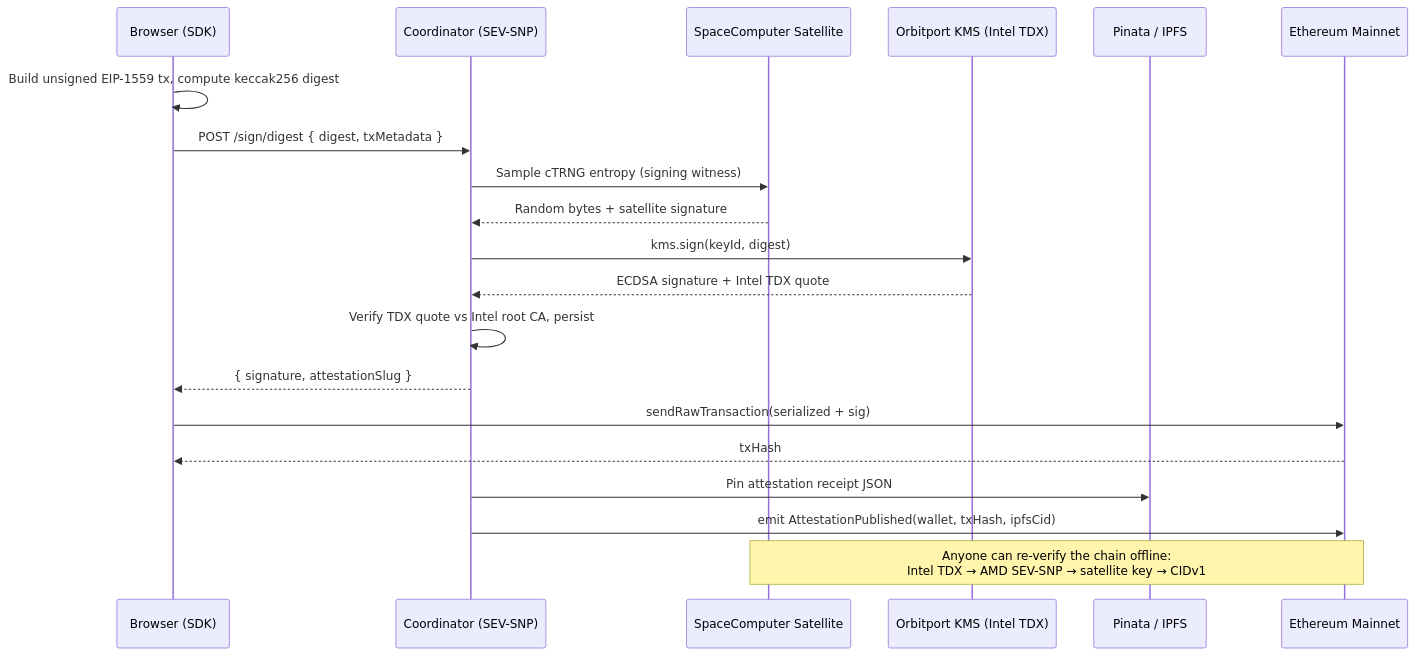
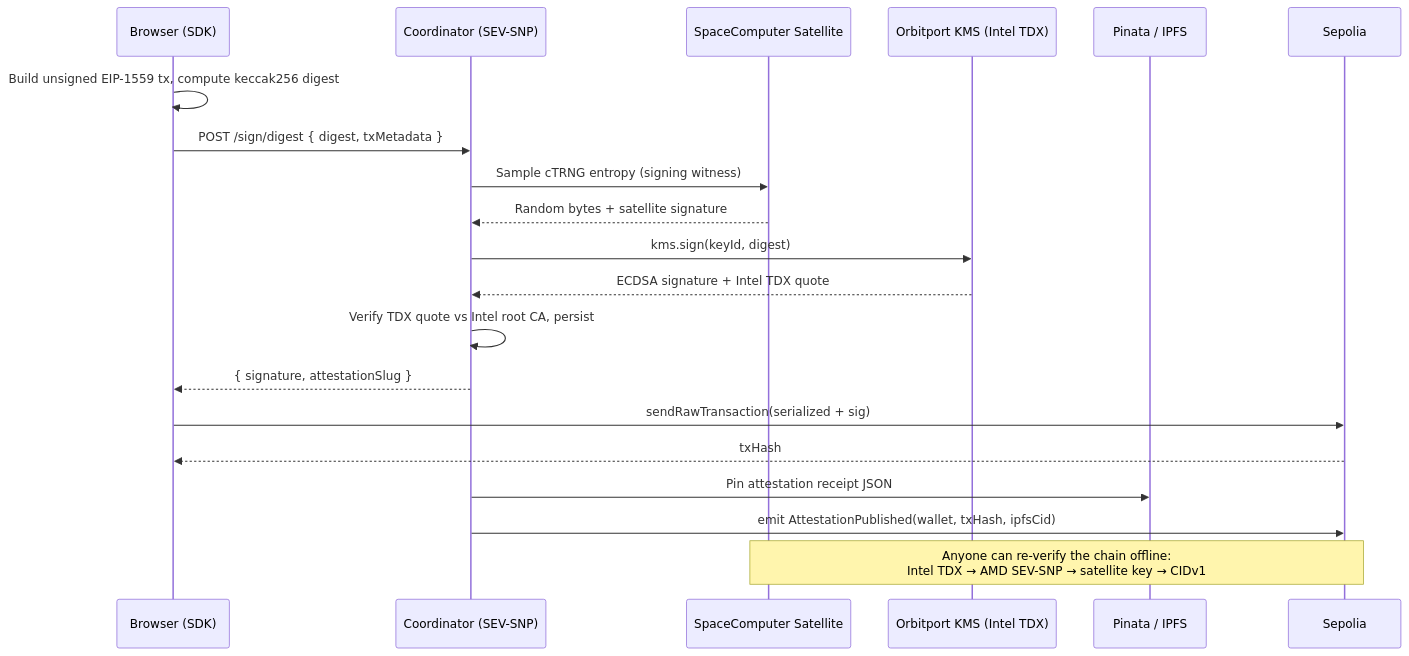
One commit to itublockchain/ethprague2026-spacy changed the first of 2 diagrams in README.md. Above: the diagram before and after it, drawn with Mermaid. The commit also changed other lines of this file, not shown here.

````diff
--- a/README.md
+++ b/README.md
@@ -21,23 +21,23 @@
 ```mermaid
 sequenceDiagram
     participant Client as Browser (SDK)
     participant Coord as Coordinator (SEV-SNP)
     participant Sat as SpaceComputer Satellite
     participant KMS as Orbitport KMS (Intel TDX)
     participant IPFS as Pinata / IPFS
-    participant Chain as Ethereum Mainnet
+    participant Chain as Sepolia
 
     Client->>Client: Build unsigned EIP-1559 tx, compute keccak256 digest
     Client->>Coord: POST /sign/digest { digest, txMetadata }
     Coord->>Sat: Sample cTRNG entropy (signing witness)
     Sat-->>Coord: Random bytes + satellite signature
     Coord->>KMS: kms.sign(keyId, digest)
     KMS-->>Coord: ECDSA signature + Intel TDX quote
     Coord->>Coord: Verify TDX quote vs Intel root CA, persist
     Coord-->>Client: { signature, attestationSlug }
     Client->>Chain: sendRawTransaction(serialized + sig)
     Chain-->>Client: txHash
     Coord->>IPFS: Pin attestation receipt JSON
     Coord->>Chain: emit AttestationPublished(wallet, txHash, ipfsCid)
     Note over Sat,Chain: Anyone can re-verify the chain offline:<br/>Intel TDX → AMD SEV-SNP → satellite key → CIDv1
 ```
````
